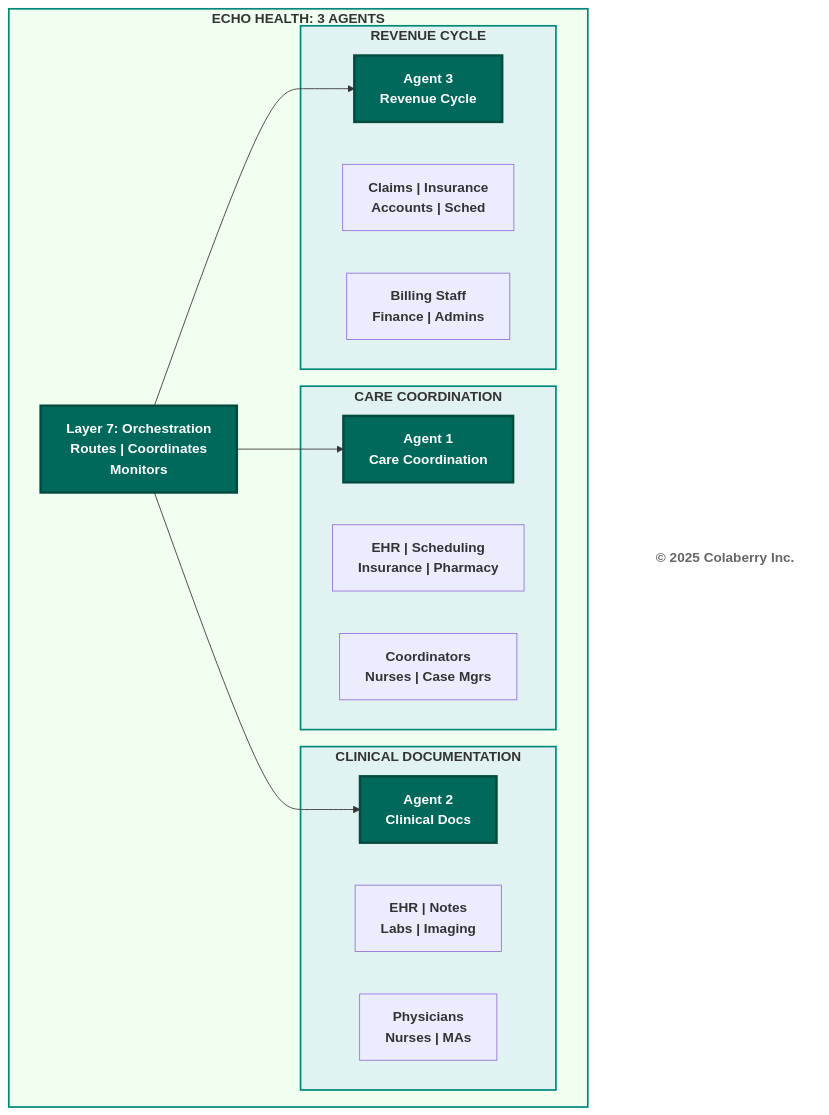
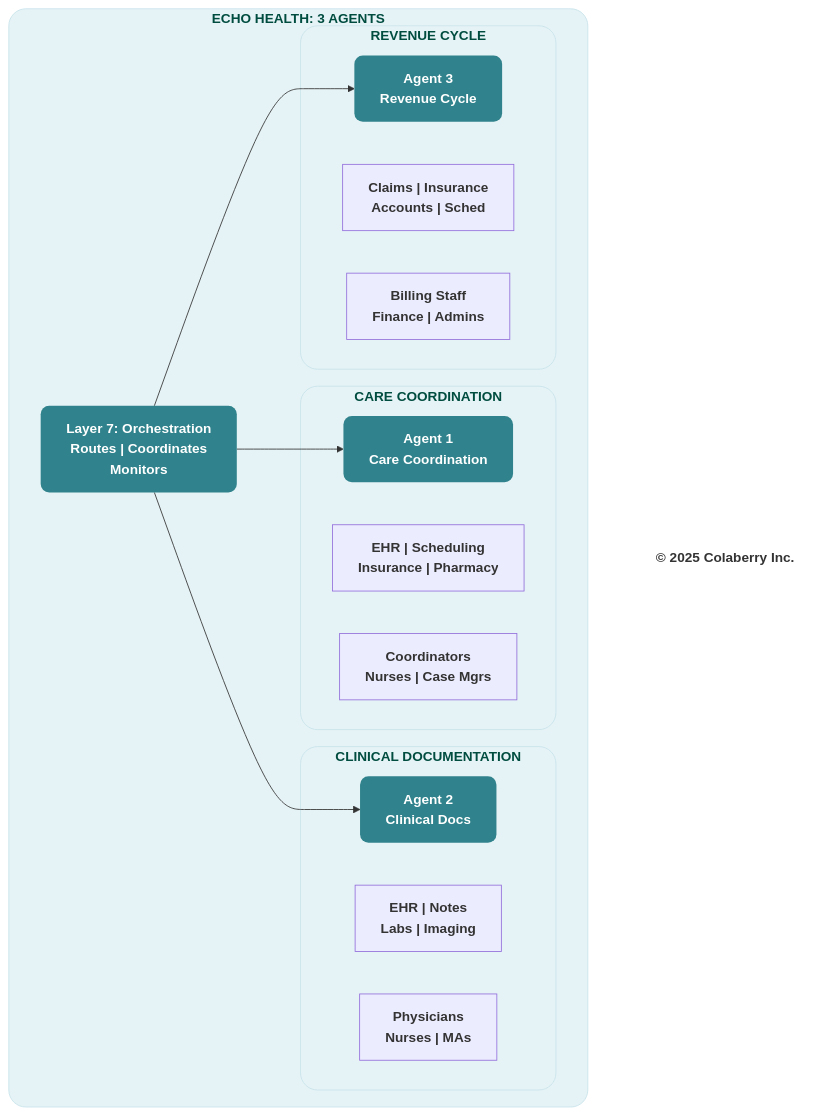
One commit to saitejesh-cyber/trust-before-intelligence-book changed the seventh of 11 diagrams in manuscript/09_chapter_8_architecture_of_trust_in_action.md. Above: the diagram before and after it, drawn with Mermaid. The commit also changed other lines of this file and 7 other files, not shown here.

Commit message:
Chapter 6to13: Updated mermaid diagrams based on new colaberry color code

````diff
--- a/manuscript/09_chapter_8_architecture_of_trust_in_action.md
+++ b/manuscript/09_chapter_8_architecture_of_trust_in_action.md
@@ -543,40 +543,40 @@
 ```mermaid
 graph TB
   subgraph AGENTS["<b>ECHO HEALTH: 3 AGENTS</b>"]
     subgraph CARE["<b>CARE COORDINATION</b>"]
       CA["<b>Agent 1</b><br/><b>Care Coordination</b>"]
       CA_DATA["<b>EHR | Scheduling</b><br/><b>Insurance | Pharmacy</b>"]
       CA_USERS["<b>Coordinators</b><br/><b>Nurses | Case Mgrs</b>"]
     end
     
     subgraph CLINICAL["<b>CLINICAL DOCUMENTATION</b>"]
       CD["<b>Agent 2</b><br/><b>Clinical Docs</b>"]
       CD_DATA["<b>EHR | Notes</b><br/><b>Labs | Imaging</b>"]
       CD_USERS["<b>Physicians</b><br/><b>Nurses | MAs</b>"]
     end
     
     subgraph REVENUE["<b>REVENUE CYCLE</b>"]
       RC["<b>Agent 3</b><br/><b>Revenue Cycle</b>"]
       RC_DATA["<b>Claims | Insurance</b><br/><b>Accounts | Sched</b>"]
       RC_USERS["<b>Billing Staff</b><br/><b>Finance | Admins</b>"]
     end
     
     ORCH["<b>Layer 7: Orchestration</b><br/><b>Routes | Coordinates <br/> Monitors</b>"]
     
     ORCH --> CA
     ORCH --> CD
     ORCH --> RC
   end
   
-  style AGENTS fill:#f0fff0,stroke:#00897b,stroke-width:2px
-  style CARE fill:#e0f2f1,stroke:#00897b,stroke-width:2px
-  style CLINICAL fill:#e0f2f1,stroke:#00897b,stroke-width:2px
-  style REVENUE fill:#e0f2f1,stroke:#00897b,stroke-width:2px
-  style CA fill:#00695c,color:#ffffff,stroke:#004d40,stroke-width:3px
-  style CD fill:#00695c,color:#ffffff,stroke:#004d40,stroke-width:3px
-  style RC fill:#00695c,color:#ffffff,stroke:#004d40,stroke-width:3px
-  style ORCH fill:#00695c,color:#ffffff,stroke:#004d40,stroke-width:3px
+  style AGENTS fill:#e6f3f6,stroke:#c7e3ea,stroke-width:1px,color:#004d40,rx:20,ry:20
+  style CARE fill:#e6f3f6,stroke:#c7e3ea,stroke-width:1px,color:#004d40,rx:20,ry:20
+  style CLINICAL fill:#e6f3f6,stroke:#c7e3ea,stroke-width:1px,color:#004d40,rx:20,ry:20
+  style REVENUE fill:#e6f3f6,stroke:#c7e3ea,stroke-width:1px,color:#004d40,rx:20,ry:20
+  style CA fill:#30838C,stroke:none,color:#ffffff,rx:10,ry:10
+  style CD fill:#30838C,stroke:none,color:#ffffff,rx:10,ry:10
+  style RC fill:#30838C,stroke:none,color:#ffffff,rx:10,ry:10
+  style ORCH fill:#30838C,stroke:none,color:#ffffff,rx:10,ry:10
   
   Copyright["<b>© 2025 Colaberry Inc.</b>"]
-  style Copyright fill:#ffffff,stroke:none,color:#666666
+  style Copyright fill:none,stroke:none,color:#333333
 ```
````
